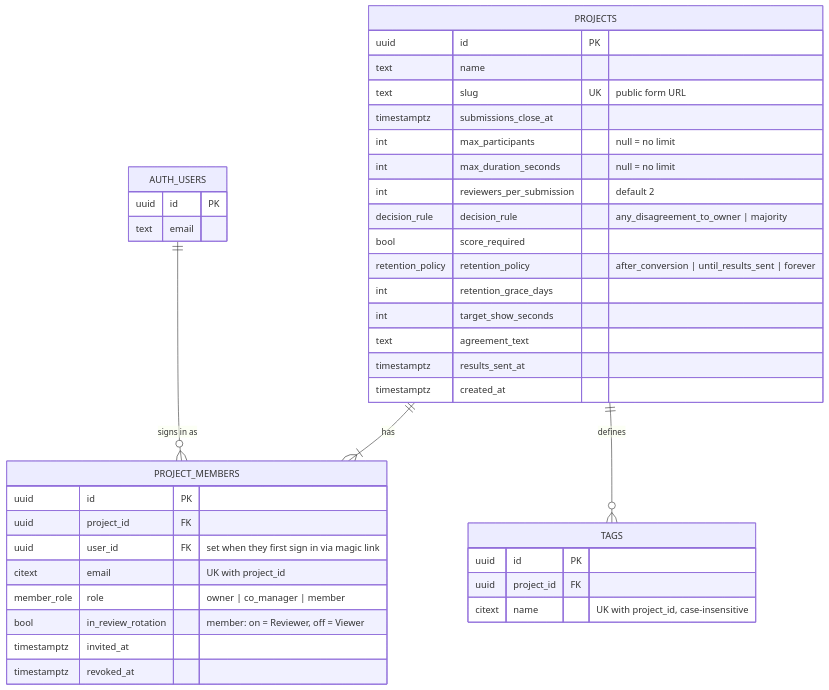
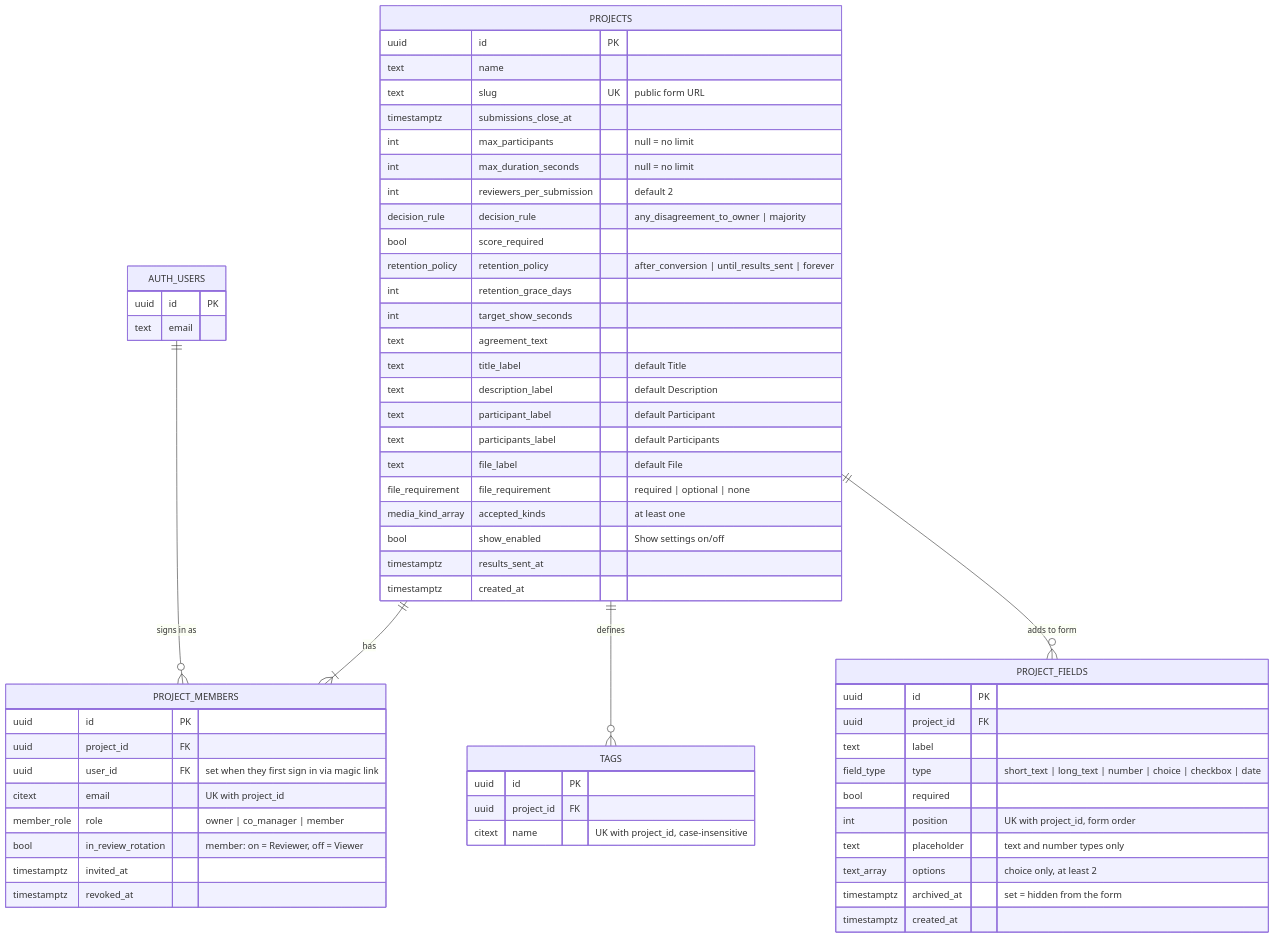
The second of 5 diagrams in Documents/erd.md (dixond01/ChooseTogether), drawn with Mermaid before and after one commit. The commit also changed other lines of this file and 1 other file, not shown here.

Commit message:
Update ERD for custom form fields and add 11/25 log entry

````diff
--- a/Documents/erd.md
+++ b/Documents/erd.md
@@ -48,43 +51,64 @@
 ```mermaid
 erDiagram
     AUTH_USERS ||--o{ PROJECT_MEMBERS : "signs in as"
     PROJECTS ||--|{ PROJECT_MEMBERS : has
     PROJECTS ||--o{ TAGS : defines
+    PROJECTS ||--o{ PROJECT_FIELDS : "adds to form"
 
     AUTH_USERS {
         uuid id PK
         text email
     }
     PROJECTS {
         uuid id PK
         text name
         text slug UK "public form URL"
         timestamptz submissions_close_at
         int max_participants "null = no limit"
         int max_duration_seconds "null = no limit"
         int reviewers_per_submission "default 2"
         decision_rule decision_rule "any_disagreement_to_owner | majority"
         bool score_required
         retention_policy retention_policy "after_conversion | until_results_sent | forever"
         int retention_grace_days
         int target_show_seconds
         text agreement_text
+        text title_label "default Title"
+        text description_label "default Description"
+        text participant_label "default Participant"
+        text participants_label "default Participants"
+        text file_label "default File"
+        file_requirement file_requirement "required | optional | none"
+        media_kind_array accepted_kinds "at least one"
+        bool show_enabled "Show settings on/off"
         timestamptz results_sent_at
         timestamptz created_at
     }
     PROJECT_MEMBERS {
         uuid id PK
         uuid project_id FK
         uuid user_id FK "set when they first sign in via magic link"
         citext email "UK with project_id"
         member_role role "owner | co_manager | member"
         bool in_review_rotation "member: on = Reviewer, off = Viewer"
         timestamptz invited_at
         timestamptz revoked_at
     }
     TAGS {
         uuid id PK
         uuid project_id FK
         citext name "UK with project_id, case-insensitive"
     }
+    PROJECT_FIELDS {
+        uuid id PK
+        uuid project_id FK
+        text label
+        field_type type "short_text | long_text | number | choice | checkbox | date"
+        bool required
+        int position "UK with project_id, form order"
+        text placeholder "text and number types only"
+        text_array options "choice only, at least 2"
+        timestamptz archived_at "set = hidden from the form"
+        timestamptz created_at
+    }
 ```
````
